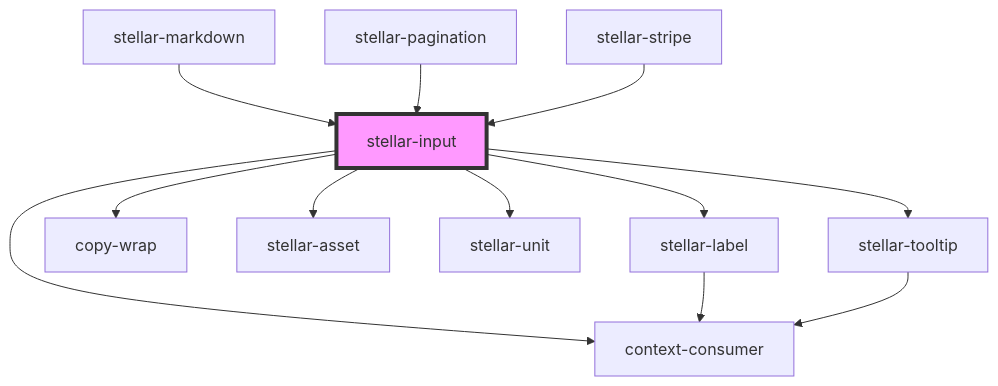
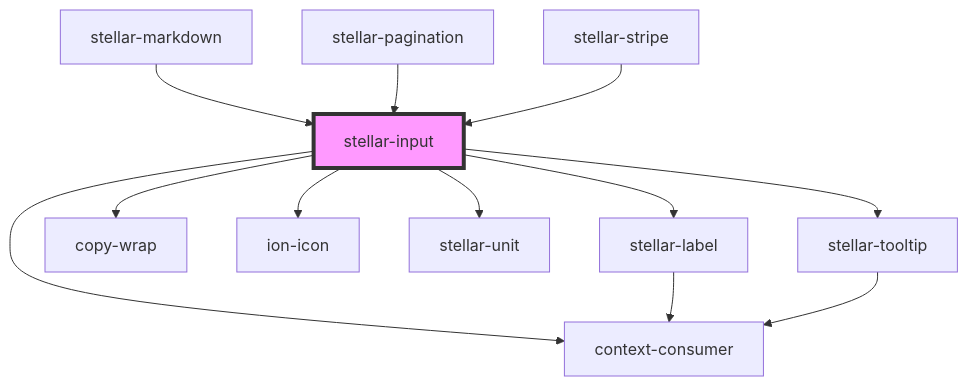
Before and after one commit to splitinfinities/Stellar: the diagram in src/components/forms/input/readme.md, drawn with Mermaid. The commit also changed other lines of this file and 108 other files, not shown here.

Commit message:
Remove stellar-asset.

````diff
--- a/src/components/forms/input/readme.md
+++ b/src/components/forms/input/readme.md
@@ -181,15 +181,15 @@
 ```mermaid
 graph TD;
   stellar-input --> stellar-label
   stellar-input --> copy-wrap
-  stellar-input --> stellar-asset
+  stellar-input --> ion-icon
   stellar-input --> stellar-unit
   stellar-input --> stellar-tooltip
   stellar-input --> context-consumer
   stellar-label --> context-consumer
   stellar-tooltip --> context-consumer
   stellar-markdown --> stellar-input
   stellar-pagination --> stellar-input
   stellar-stripe --> stellar-input
   style stellar-input fill:#f9f,stroke:#333,stroke-width:4px
 ```
````
